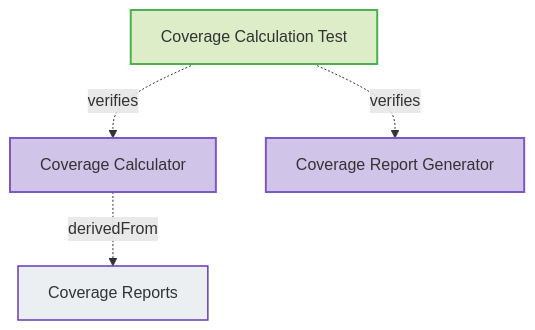
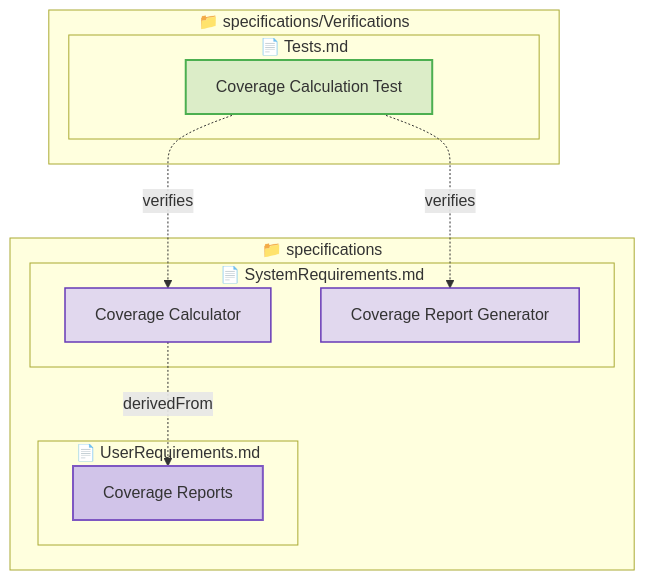
The fourth of 6 diagrams in tests/test-verification-traces/expected/expected_redundant_output.md (reqvire-org/reqvire), drawn with Mermaid before and after one commit. The commit also changed other lines of this file and 16 other files, not shown here.

First line of the commit message:
Add containment structure to all mermaid diagrams

````diff
--- a/tests/test-verification-traces/expected/expected_redundant_output.md
+++ b/tests/test-verification-traces/expected/expected_redundant_output.md
@@ -90,20 +126,32 @@
 ```mermaid
 graph TD
   classDef userRequirement fill:#D1C4E9,stroke:#7E57C2,stroke-width:2px;
   classDef systemRequirement fill:#E1D8EE,stroke:#673AB7,stroke-width:1.5px;
   classDef requirement fill:#ECEFF1,stroke:#673AB7,stroke-width:1.5px;
-  classDef verified fill:#D1C4E9,stroke:#7E57C2,stroke-width:2px;
   classDef verification fill:#DCEDC8,stroke:#4CAF50,stroke-width:2px;
+  classDef folder fill:#FAFAFA,stroke:#9E9E9E,stroke-width:3px;
+  classDef file fill:#FFF8E1,stroke:#FFCA28,stroke-width:2px;
+  classDef default fill:#F5F5F5,stroke:#424242,stroke-width:1.5px;
 
-  28383c90c121c4a5["Coverage Calculation Test"]:::verification
-  click 28383c90c121c4a5 "specifications/Verifications/Tests.md#coverage-calculation-test";
-  4dc56d6383b230df["Coverage Calculator"]:::verified
-  click 4dc56d6383b230df "specifications/SystemRequirements.md#coverage-calculator";
+  subgraph b4c308bac4df6d65["📁 specifications"]
+    subgraph d76ffb0335b04f31["📄 SystemRequirements.md"]
+      4dc56d6383b230df["Coverage Calculator"]:::systemRequirement
+      click 4dc56d6383b230df "specifications/SystemRequirements.md#coverage-calculator";
+      21afc68bc3823e3b["Coverage Report Generator"]:::systemRequirement
+      click 21afc68bc3823e3b "specifications/SystemRequirements.md#coverage-report-generator";
+    end
+    subgraph c057e38f409f215b["📄 UserRequirements.md"]
+      a1b39797065ef491["Coverage Reports"]:::userRequirement
+      click a1b39797065ef491 "specifications/UserRequirements.md#coverage-reports";
+    end
+  end
+  subgraph 186822cd467e0417["📁 specifications/Verifications"]
+    subgraph b64358bba6ee017f["📄 Tests.md"]
+      28383c90c121c4a5["Coverage Calculation Test"]:::verification
+      click 28383c90c121c4a5 "specifications/Verifications/Tests.md#coverage-calculation-test";
+    end
+  end
   28383c90c121c4a5 -.->|verifies| 4dc56d6383b230df;
-  a1b39797065ef491["Coverage Reports"]:::requirement
-  click a1b39797065ef491 "specifications/UserRequirements.md#coverage-reports";
+  28383c90c121c4a5 -.->|verifies| 21afc68bc3823e3b;
   4dc56d6383b230df -.->|derivedFrom| a1b39797065ef491;
-  21afc68bc3823e3b["Coverage Report Generator"]:::verified
-  click 21afc68bc3823e3b "specifications/SystemRequirements.md#coverage-report-generator";
-  28383c90c121c4a5 -.->|verifies| 21afc68bc3823e3b;
 ```
````
